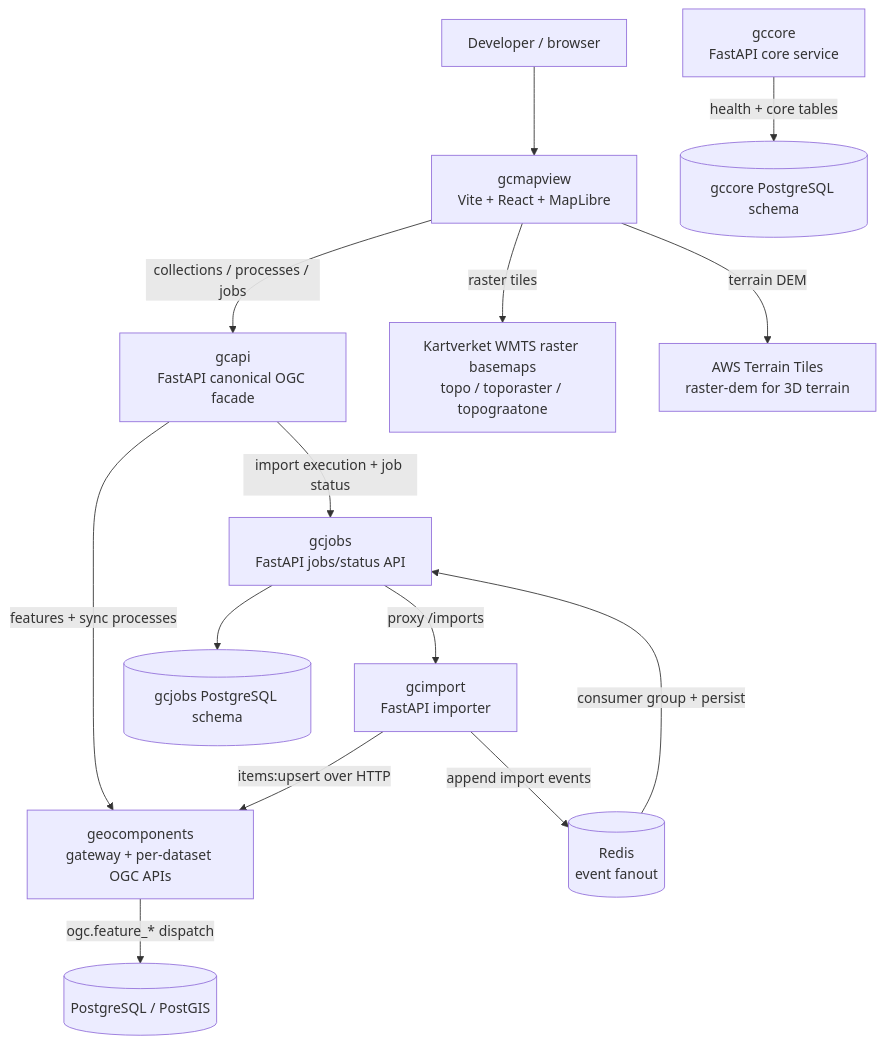
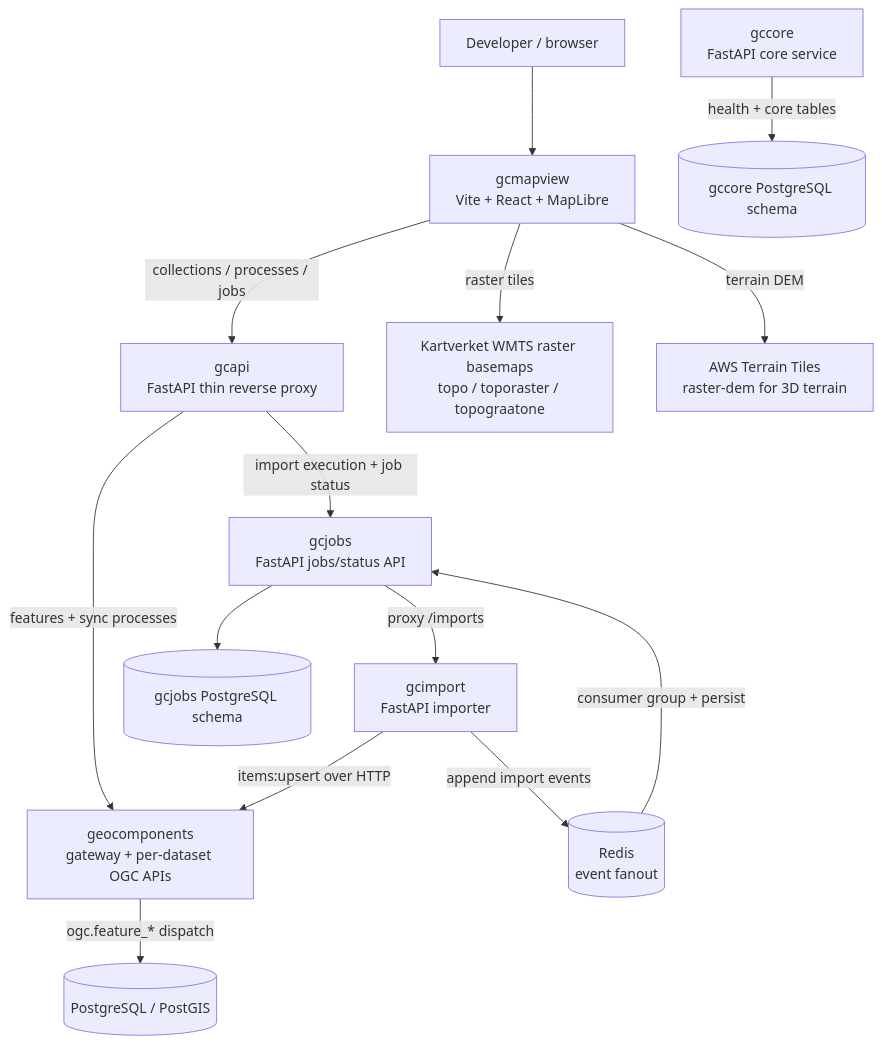
Before and after one commit to kartverket/topografisk-gdb-api: the first of 10 diagrams in docs/ARCHITECTURE.md, drawn with Mermaid. The commit also changed other lines of this file and 31 other files, not shown here.

Commit message:
convert gcapi to simple reverse proxy

````diff
--- a/docs/ARCHITECTURE.md
+++ b/docs/ARCHITECTURE.md
@@ -13,30 +13,30 @@
 ```mermaid
 flowchart TB
   User["Developer / browser"]
   FE["gcmapview<br/>Vite + React + MapLibre"]
-  GCAPI["gcapi<br/>FastAPI canonical OGC facade"]
+  GCAPI["gcapi<br/>FastAPI thin reverse proxy"]
   IMP["gcimport<br/>FastAPI importer"]
   JOBS["gcjobs<br/>FastAPI jobs/status API"]
   CORE["gccore<br/>FastAPI core service"]
   API["geocomponents<br/>gateway + per-dataset OGC APIs"]
   REDIS[("Redis<br/>event fanout")]
   DB[("PostgreSQL / PostGIS")]
   JOBDB[("gcjobs PostgreSQL schema")]
   COREDB[("gccore PostgreSQL schema")]
   BASE["Kartverket WMTS raster basemaps<br/>topo / toporaster / topograatone"]
   TERRAIN["AWS Terrain Tiles<br/>raster-dem for 3D terrain"]
 
   User --> FE
   FE -->|collections / processes / jobs| GCAPI
   FE -->|raster tiles| BASE
   FE -->|terrain DEM| TERRAIN
   GCAPI -->|features + sync processes| API
   GCAPI -->|import execution + job status| JOBS
   JOBS -->|proxy /imports| IMP
   IMP -->|items:upsert over HTTP| API
   IMP -->|append import events| REDIS
   REDIS -->|consumer group + persist| JOBS
   API -->|ogc.feature_* dispatch| DB
   JOBS --> JOBDB
   CORE -->|health + core tables| COREDB
 ```
````
